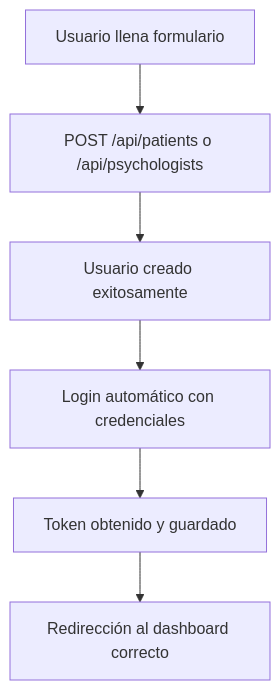
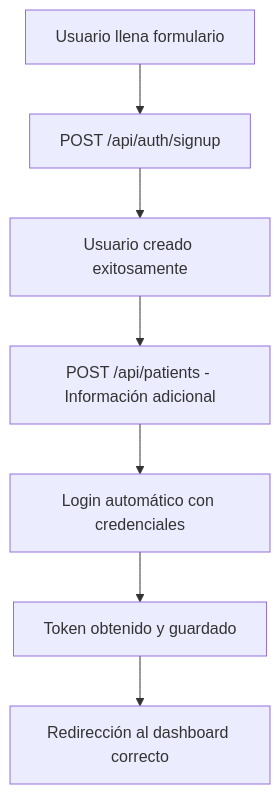
Before and after one commit to empathicacolombia/empathicaweb: the first of 4 diagrams in SESSION_MANAGEMENT_GUIDE.md, drawn with Mermaid. The commit also changed other lines of this file and 6 other files, not shown here.

````diff
--- a/SESSION_MANAGEMENT_GUIDE.md
+++ b/SESSION_MANAGEMENT_GUIDE.md
@@ -178,8 +327,9 @@
 ```mermaid
 graph TD
-    A[Usuario llena formulario] --> B[POST /api/patients o /api/psychologists]
+    A[Usuario llena formulario] --> B[POST /api/auth/signup]
     B --> C[Usuario creado exitosamente]
-    C --> D[Login automático con credenciales]
-    D --> E[Token obtenido y guardado]
-    E --> F[Redirección al dashboard correcto]
+    C --> D[POST /api/patients - Información adicional]
+    D --> E[Login automático con credenciales]
+    E --> F[Token obtenido y guardado]
+    F --> G[Redirección al dashboard correcto]
 ```
````
